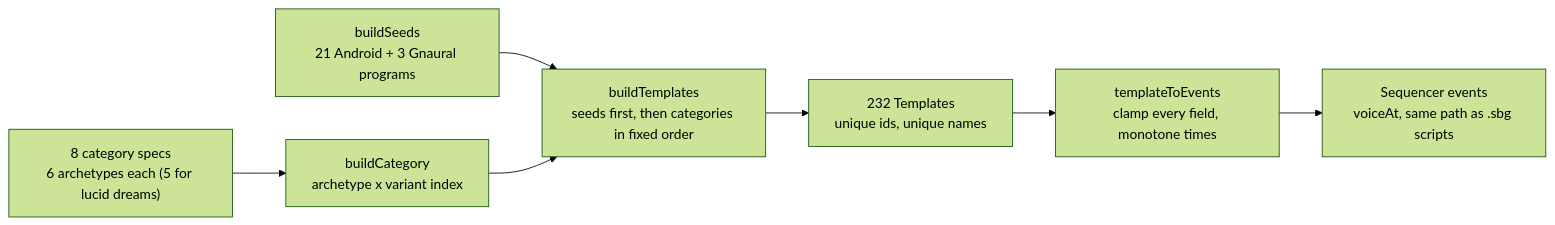
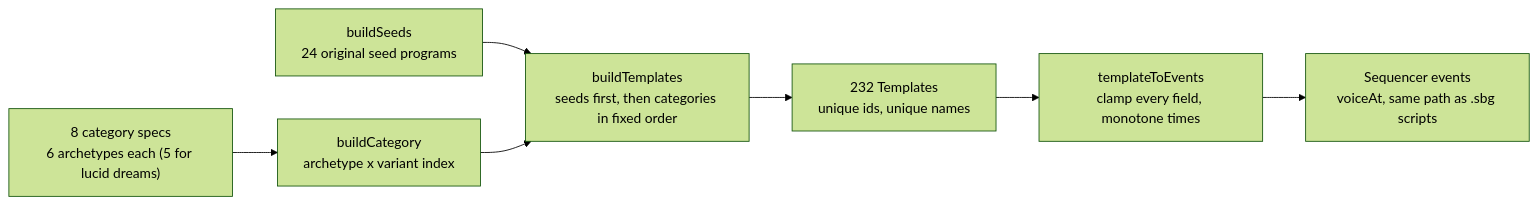
The fifth of 8 diagrams in docs/HLD.md (DynamiteC/zonked), drawn with Mermaid (forest theme) before and after one commit. The commit also changed other lines of this file and 15 other files, not shown here.

Commit message:
fix(ui): Escape closes dialogs from anywhere (Safari), own-sound decode timeout, matrix runs the feature checks; docs: NOTICE for original seeds, accessibility statement, test coverage map

````diff
--- a/docs/HLD.md
+++ b/docs/HLD.md
@@ -321,9 +321,9 @@
 ```mermaid
 flowchart LR
   A["8 category specs<br/>6 archetypes each (5 for lucid dreams)"] --> B["buildCategory<br/>archetype x variant index"]
-  S["buildSeeds<br/>21 Android + 3 Gnaural programs"] --> R
+  S["buildSeeds<br/>24 original seed programs"] --> R
   B --> R["buildTemplates<br/>seeds first, then categories in fixed order"]
   R --> T["232 Templates<br/>unique ids, unique names"]
   T --> E["templateToEvents<br/>clamp every field, monotone times"]
   E --> Q["Sequencer events<br/>voiceAt, same path as .sbg scripts"]
 ```
````
